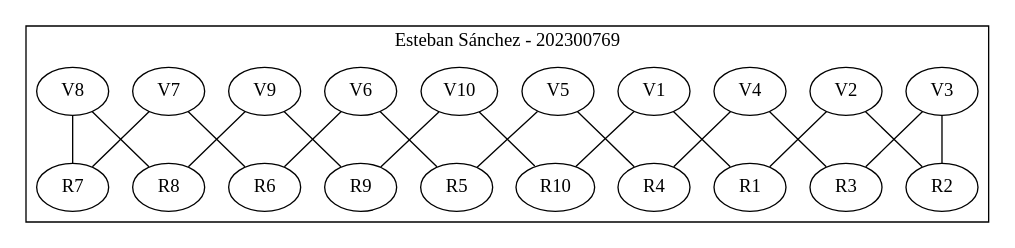
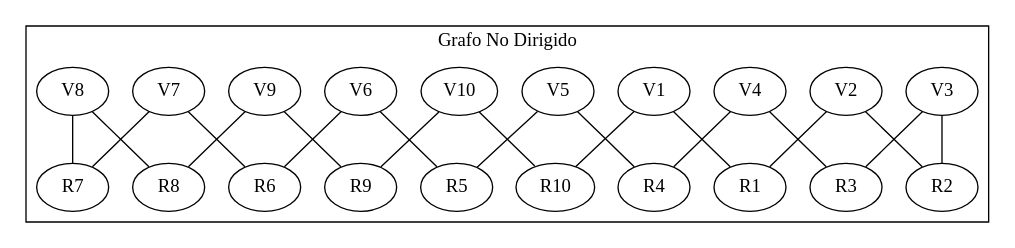
Before and after one commit to EstebanSNZT/-EDD-1S2025_202300769: the diagram in Fase3/Reportes/Grafo.dot, drawn with Graphviz. The commit also changed 81 other files, not shown here.

```diff
--- a/Fase3/Reportes/Grafo.dot
+++ b/Fase3/Reportes/Grafo.dot
@@ -1,49 +1,49 @@
 graph UndirectedGraph {
     node [shape=ellipse];
     rankdir=TB;
     subgraph cluster_0 {
-        label = "Esteban Sánchez - 202300769";
+        label = "Grafo No Dirigido";
         V1 [label="V1"];
         R1 [label="R1"];
         V2 [label="V2"];
         R2 [label="R2"];
         V3 [label="V3"];
         R3 [label="R3"];
         V4 [label="V4"];
         R4 [label="R4"];
         V5 [label="V5"];
         R5 [label="R5"];
         V6 [label="V6"];
         R6 [label="R6"];
         V7 [label="V7"];
         R7 [label="R7"];
         V8 [label="V8"];
         R8 [label="R8"];
         V9 [label="V9"];
         R9 [label="R9"];
         V10 [label="V10"];
         R10 [label="R10"];
         V1 -- R1;
         V1 -- R10;
         V2 -- R2;
         V2 -- R1;
         V3 -- R3;
         V3 -- R2;
         V4 -- R4;
         V4 -- R3;
         V5 -- R5;
         V5 -- R4;
         V6 -- R6;
         V6 -- R5;
         V7 -- R7;
         V7 -- R6;
         V8 -- R8;
         V8 -- R7;
         V9 -- R9;
         V9 -- R8;
         V10 -- R10;
         V10 -- R9;
         { rank=same; V1; V2; V3; V4; V5; V6; V7; V8; V9; V10; };
         { rank=same; R1; R2; R3; R4; R5; R6; R7; R8; R9; R10; };
     }
 }
```
